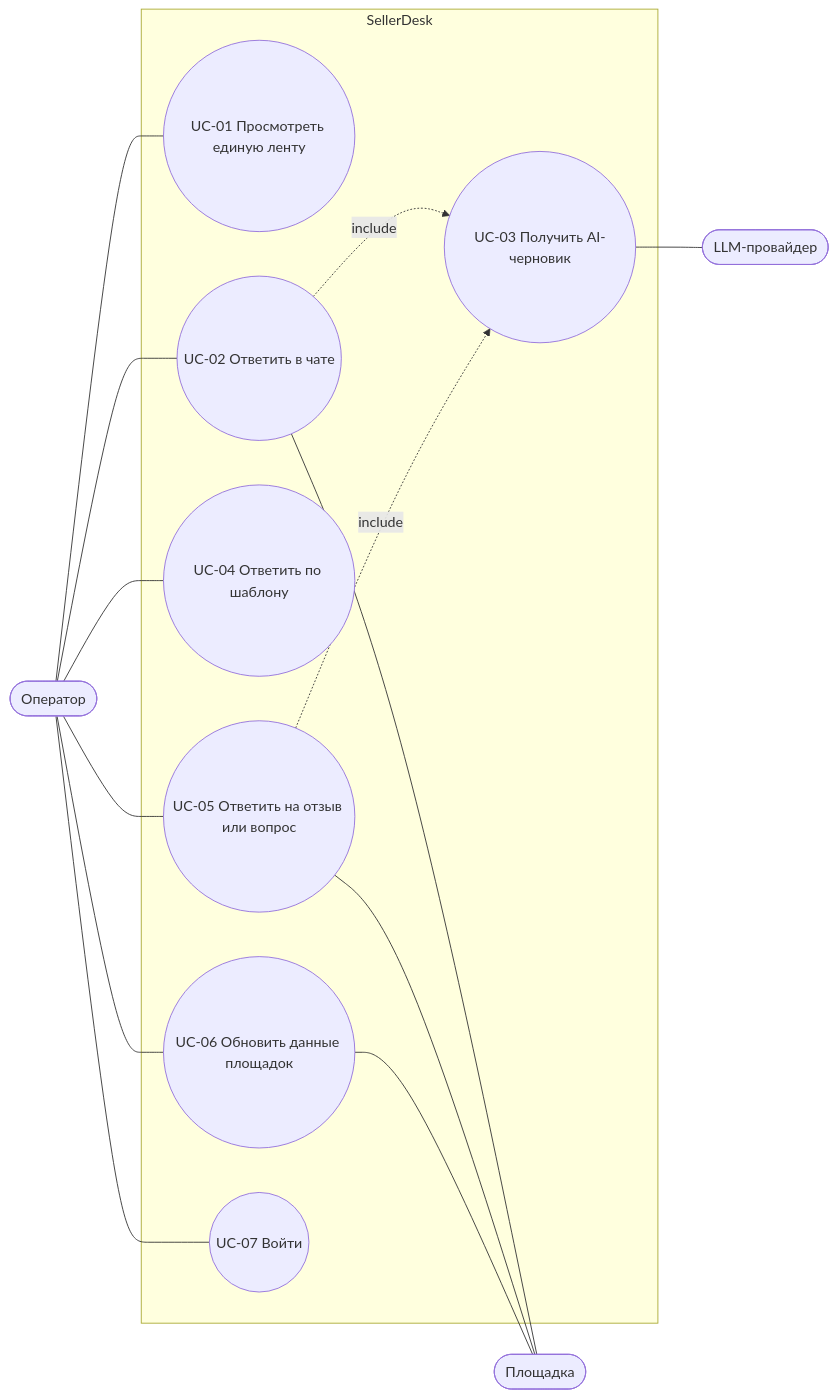
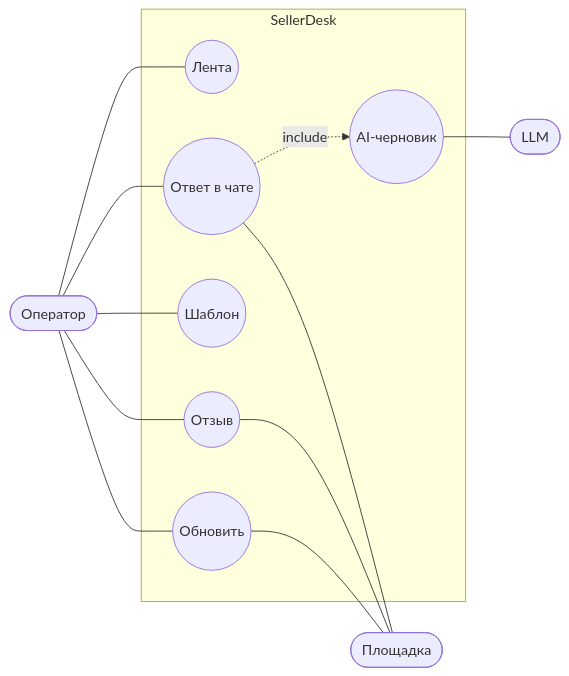
One commit to Georgy213123/ai-product-engineering changed the diagram in projects/01-sellerdesk/docs/02-analysis/use-cases.md. Above: the diagram before and after it, drawn with Mermaid. The commit also changed other lines of this file and 16 other files, not shown here.

````diff
--- a/projects/01-sellerdesk/docs/02-analysis/use-cases.md
+++ b/projects/01-sellerdesk/docs/02-analysis/use-cases.md
@@ -3,29 +3,18 @@
 ```mermaid
 flowchart LR
     op([Оператор])
     mp([Площадка])
-    llm([LLM-провайдер])
-
+    llm([LLM])
     subgraph SellerDesk
-        uc1((UC-01 Просмотреть единую ленту))
-        uc2((UC-02 Ответить в чате))
-        uc3((UC-03 Получить AI-черновик))
-        uc4((UC-04 Ответить по шаблону))
-        uc5((UC-05 Ответить на отзыв или вопрос))
-        uc6((UC-06 Обновить данные площадок))
-        uc7((UC-07 Войти))
+        uc1((Лента))
+        uc2((Ответ в чате))
+        uc3((AI-черновик))
+        uc4((Шаблон))
+        uc5((Отзыв))
+        uc6((Обновить))
     end
-
-    op --- uc1
-    op --- uc2
-    op --- uc4
-    op --- uc5
-    op --- uc6
-    op --- uc7
+    op --- uc1 & uc2 & uc4 & uc5 & uc6
     uc2 -. include .-> uc3
-    uc5 -. include .-> uc3
     uc3 --- llm
-    uc2 --- mp
-    uc5 --- mp
-    uc6 --- mp
+    uc2 & uc5 & uc6 --- mp
 ```
````
